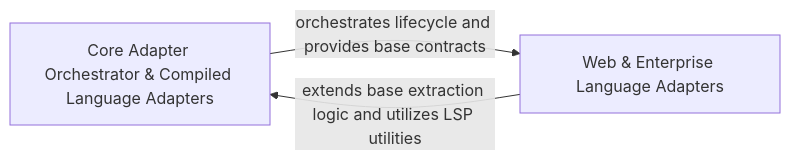
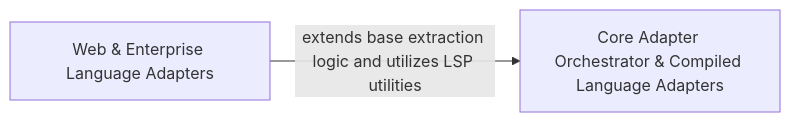
One commit to CodeBoarding/CodeBoarding changed the diagram in .codeboarding/Language_Server_Protocol_LSP_Adapter_Registry.md. Above: the diagram before and after it, drawn with Mermaid. The commit also changed other lines of this file and 24 other files, not shown here.

Commit message:
chore(codeboarding): sync architecture baseline

````diff
--- a/.codeboarding/Language_Server_Protocol_LSP_Adapter_Registry.md
+++ b/.codeboarding/Language_Server_Protocol_LSP_Adapter_Registry.md
@@ -1,9 +1,8 @@
 ```mermaid
 graph LR
     Core_Adapter_Orchestrator_Compiled_Language_Adapters["Core Adapter Orchestrator & Compiled Language Adapters"]
     Web_Enterprise_Language_Adapters["Web & Enterprise Language Adapters"]
-    Core_Adapter_Orchestrator_Compiled_Language_Adapters -- "orchestrates lifecycle and provides base contracts" --> Web_Enterprise_Language_Adapters
     Web_Enterprise_Language_Adapters -- "extends base extraction logic and utilizes LSP utilities" --> Core_Adapter_Orchestrator_Compiled_Language_Adapters
     click Core_Adapter_Orchestrator_Compiled_Language_Adapters href "https://github.com/CodeBoarding/CodeBoarding/blob/main/.codeboarding/Core_Adapter_Orchestrator_Compiled_Language_Adapters.md" "Details"
     click Web_Enterprise_Language_Adapters href "https://github.com/CodeBoarding/CodeBoarding/blob/main/.codeboarding/Web_Enterprise_Language_Adapters.md" "Details"
 ```
````
